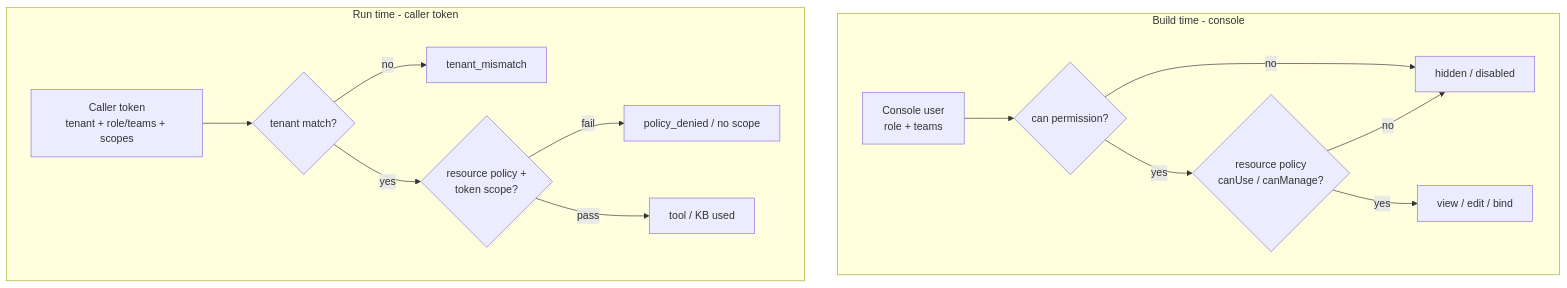
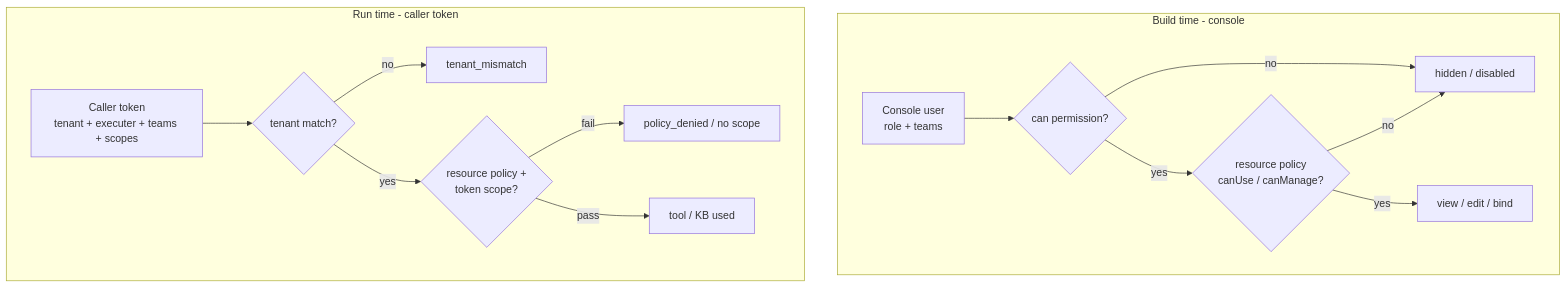
Before and after one commit to gargraman/agent-catalyst: the second of 2 diagrams in docs/frontend-auth-access-plan.md, drawn with Mermaid. The commit also changed other lines of this file and 40 other files, not shown here.

````diff
--- a/docs/frontend-auth-access-plan.md
+++ b/docs/frontend-auth-access-plan.md
@@ -60,17 +63,17 @@
 ```mermaid
 flowchart TB
   subgraph Build[Build time - console]
     U[Console user<br/>role + teams] --> G{can permission?}
     G -->|no| H[hidden / disabled]
     G -->|yes| P1{resource policy<br/>canUse / canManage?}
     P1 -->|no| H
     P1 -->|yes| E[view / edit / bind]
   end
   subgraph Run[Run time - caller token]
-    T[Caller token<br/>tenant + role/teams + scopes] --> X{tenant match?}
+    T[Caller token<br/>tenant + executer + teams + scopes] --> X{tenant match?}
     X -->|no| D1[tenant_mismatch]
     X -->|yes| P2{resource policy +<br/>token scope?}
     P2 -->|fail| D2[policy_denied / no scope]
     P2 -->|pass| OK[tool / KB used]
   end
 ```
````
